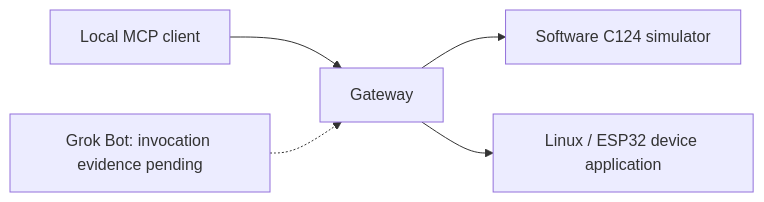
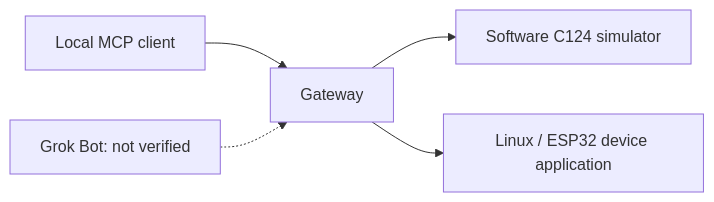
One commit to adidshaft/grok-gadgets-gateway changed the diagram in README.md. Above: the diagram before and after it, drawn with Mermaid. The commit also changed other lines of this file and 6 other files, not shown here.

````diff
--- a/README.md
+++ b/README.md
@@ -13,7 +19,7 @@
 ```mermaid
 flowchart LR
     C["Local MCP client"] --> G["Gateway"]
     G --> S["Software C124 simulator"]
     G --> D["Linux / ESP32 device application"]
-    B["Grok Bot: invocation evidence pending"] -.-> G
+    B["Grok Bot: not verified"] -.-> G
 ```
````
